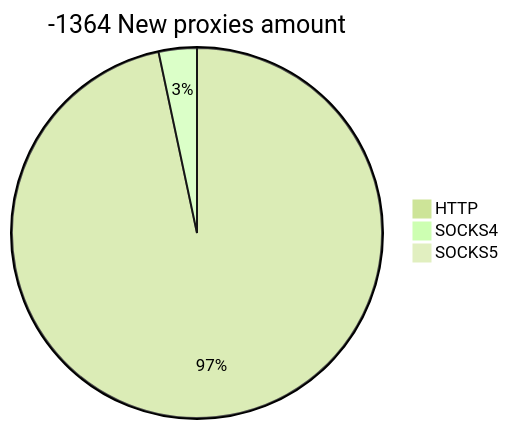
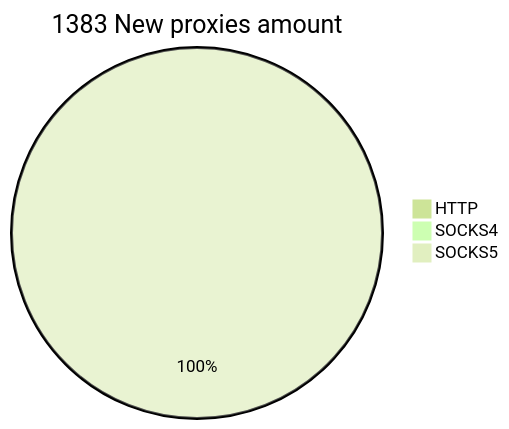
Before and after one commit to cutipu/proxylist: the second of 2 diagrams in README.md, drawn with Mermaid (forest theme). The commit also changed other lines of this file, not shown here.

````diff
--- a/README.md
+++ b/README.md
@@ -10,6 +10,6 @@
 ```mermaid
-pie title -1364 New proxies amount
-    "HTTP" : 29
-    "SOCKS4" : 1
-    "SOCKS5" : 0
+pie title 1383 New proxies amount
+    "HTTP" : 0
+    "SOCKS4" : 0
+    "SOCKS5" : 1385
 ```
````
